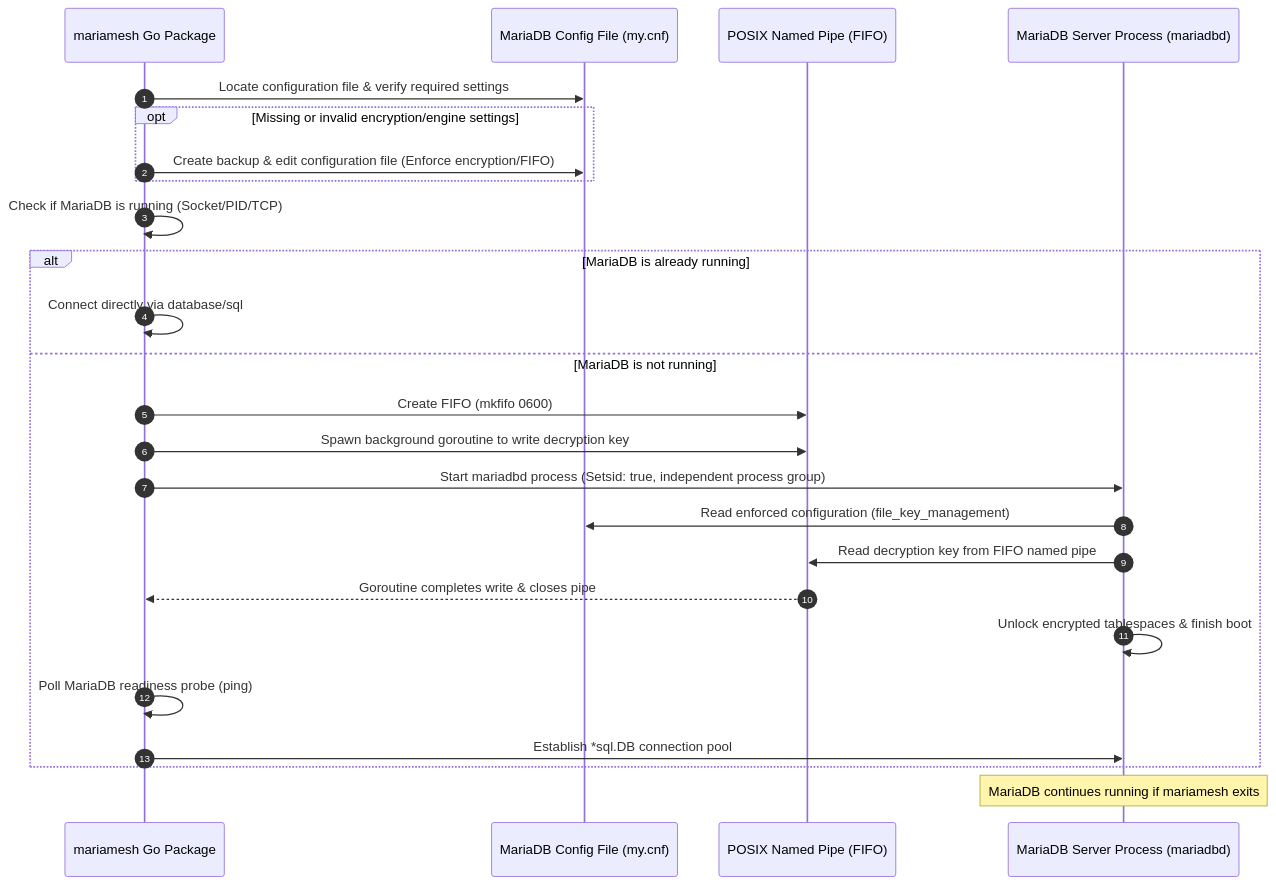
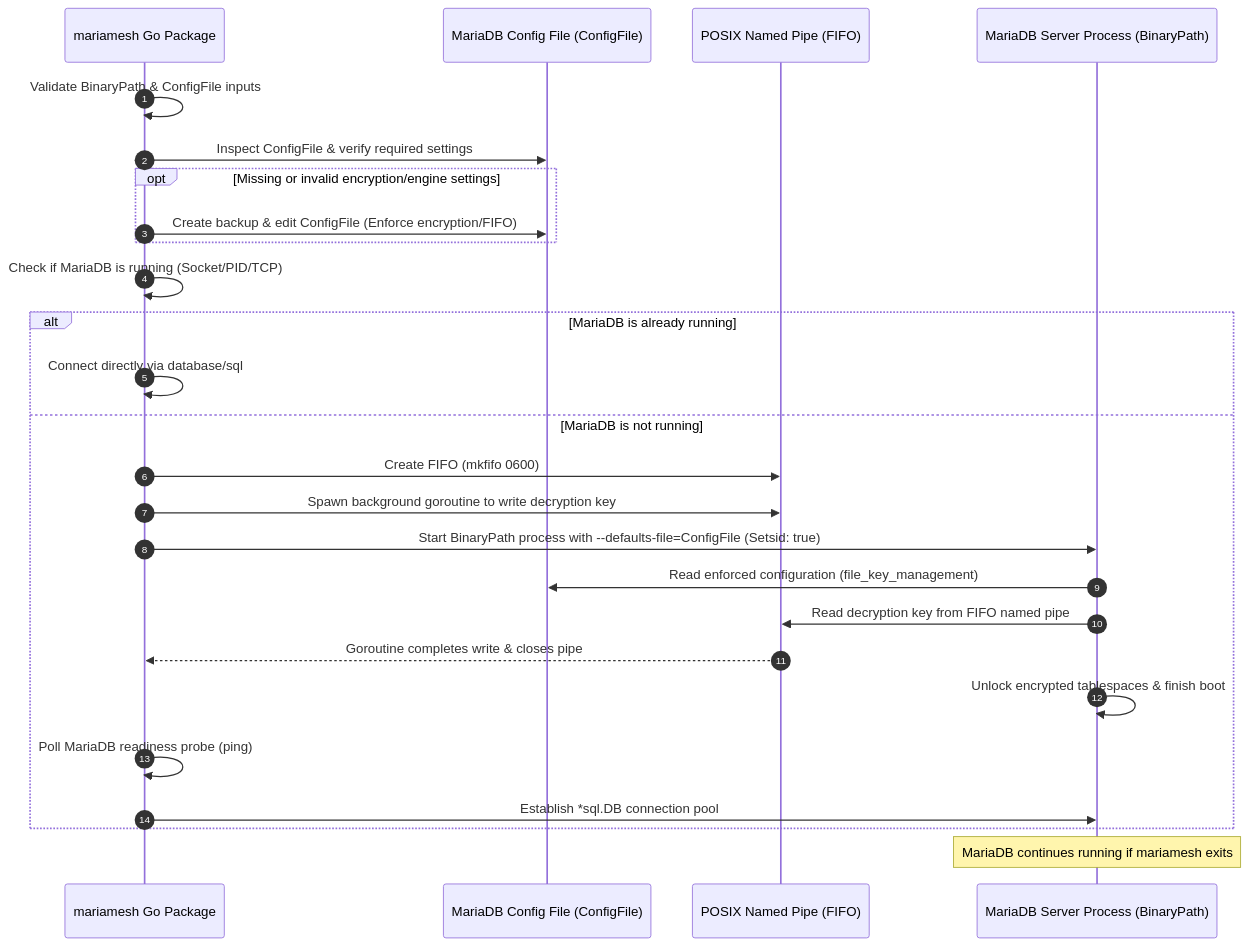
Before and after one commit to marcgauthier/mariamesh: the third of 5 diagrams in PLAN.md, drawn with Mermaid. The commit also changed other lines of this file, not shown here.

Commit message:
Update PLAN.md: require explicit MariaDB binary installation path and config file inputs

````diff
--- a/PLAN.md
+++ b/PLAN.md
@@ -256,28 +250,29 @@
 ```mermaid
 sequenceDiagram
     autonumber
     participant Host as mariamesh Go Package
-    participant Conf as MariaDB Config File (my.cnf)
+    participant Conf as MariaDB Config File (ConfigFile)
     participant FIFO as POSIX Named Pipe (FIFO)
-    participant MDB as MariaDB Server Process (mariadbd)
+    participant MDB as MariaDB Server Process (BinaryPath)
 
-    Host->>Conf: Locate configuration file & verify required settings
+    Host->>Host: Validate BinaryPath & ConfigFile inputs
+    Host->>Conf: Inspect ConfigFile & verify required settings
     opt Missing or invalid encryption/engine settings
-        Host->>Conf: Create backup & edit configuration file (Enforce encryption/FIFO)
+        Host->>Conf: Create backup & edit ConfigFile (Enforce encryption/FIFO)
     end
     Host->>Host: Check if MariaDB is running (Socket/PID/TCP)
     alt MariaDB is already running
         Host->>Host: Connect directly via database/sql
     else MariaDB is not running
         Host->>FIFO: Create FIFO (mkfifo 0600)
         Host->>FIFO: Spawn background goroutine to write decryption key
-        Host->>MDB: Start mariadbd process (Setsid: true, independent process group)
+        Host->>MDB: Start BinaryPath process with --defaults-file=ConfigFile (Setsid: true)
         MDB->>Conf: Read enforced configuration (file_key_management)
         MDB->>FIFO: Read decryption key from FIFO named pipe
         FIFO-->>Host: Goroutine completes write & closes pipe
         MDB->>MDB: Unlock encrypted tablespaces & finish boot
         Host->>Host: Poll MariaDB readiness probe (ping)
         Host->>MDB: Establish *sql.DB connection pool
     end
     Note over MDB: MariaDB continues running if mariamesh exits
 ```
````
